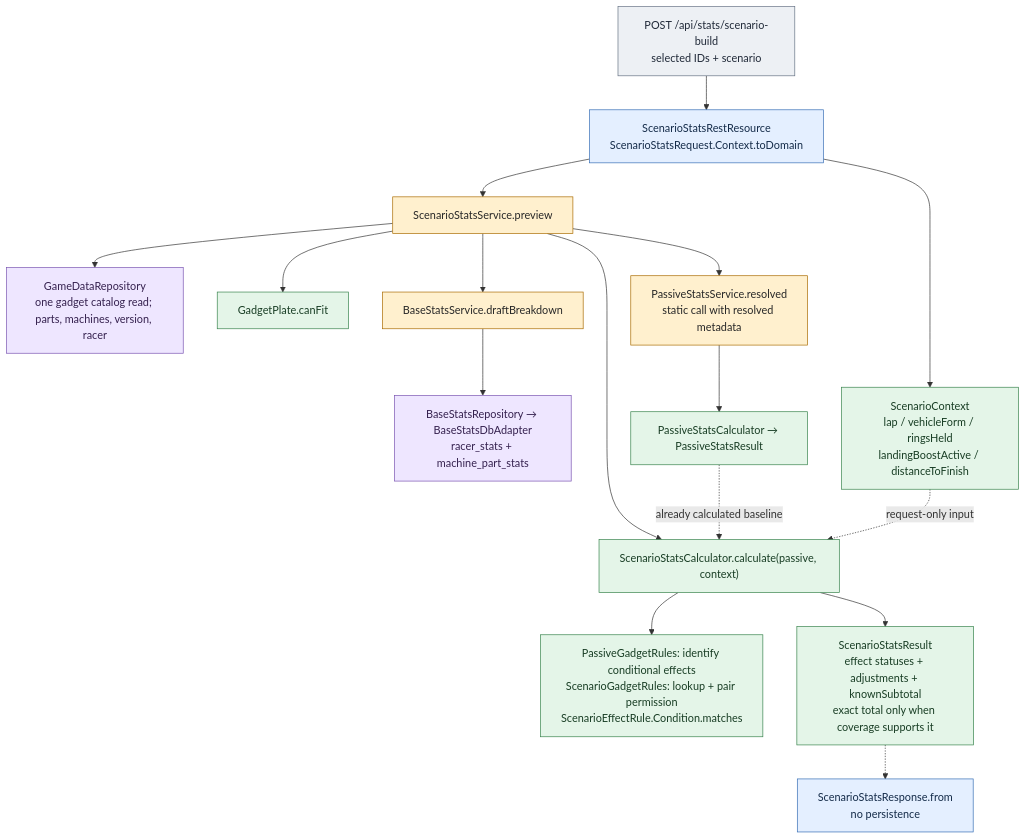
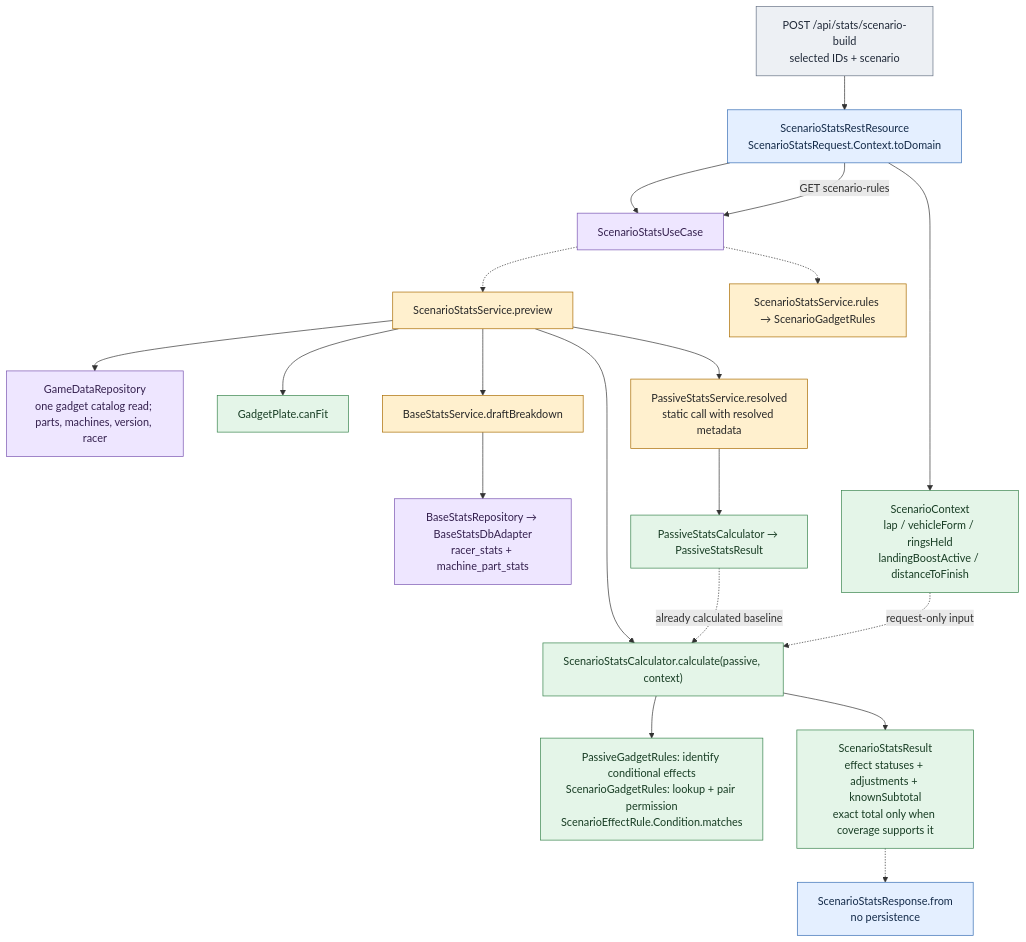
One commit to alexungu04genoff/RingLab changed diagram 14 of 31 in docs/architecture-atlas.md. Above: the diagram before and after it, drawn with Mermaid. The commit also changed other lines of this file and 100 other files, not shown here.

````diff
--- a/docs/architecture-atlas.md
+++ b/docs/architecture-atlas.md
@@ -792,33 +815,35 @@
 ```mermaid
 flowchart TB
   h["POST /api/stats/scenario-build<br/>selected IDs + scenario"]:::outside
   r["ScenarioStatsRestResource<br/>ScenarioStatsRequest.Context.toDomain"]:::rest
   s["ScenarioStatsService.preview"]:::app
   game["GameDataRepository<br/>one gadget catalog read; parts, machines, version, racer"]:::port
   plate["GadgetPlate.canFit"]:::domain
   base["BaseStatsService.draftBreakdown"]:::app
   source["BaseStatsRepository → BaseStatsDbAdapter<br/>racer_stats + machine_part_stats"]:::port
   passive["PassiveStatsService.resolved<br/>static call with resolved metadata"]:::app
   pc["PassiveStatsCalculator → PassiveStatsResult"]:::domain
   ctx["ScenarioContext<br/>lap / vehicleForm / ringsHeld<br/>landingBoostActive / distanceToFinish"]:::domain
   sc["ScenarioStatsCalculator.calculate(passive, context)"]:::domain
   rules["PassiveGadgetRules: identify conditional effects<br/>ScenarioGadgetRules: lookup + pair permission<br/>ScenarioEffectRule.Condition.matches"]:::domain
   result["ScenarioStatsResult<br/>effect statuses + adjustments + knownSubtotal<br/>exact total only when coverage supports it"]:::domain
   dto["ScenarioStatsResponse.from<br/>no persistence"]:::rest
-  h --> r --> s
+  h --> r --> input["ScenarioStatsUseCase"]:::port -.-> s
+  r -->|"GET scenario-rules"| input
+  input -.-> metadata["ScenarioStatsService.rules → ScenarioGadgetRules"]:::app
   r --> ctx
   s --> game
   s --> plate
   s --> base --> source
   s --> passive --> pc
   s --> sc
   pc -.->|"already calculated baseline"| sc
   ctx -.->|"request-only input"| sc
   sc --> rules
   sc --> result -.-> dto
   classDef rest fill:#e4efff,stroke:#356db4,color:#142b49
   classDef app fill:#fff0ce,stroke:#a96b00,color:#272727
   classDef domain fill:#e4f5e8,stroke:#37834c,color:#183d24
   classDef port fill:#eee6ff,stroke:#7954b1,color:#35214f
   classDef outside fill:#edf0f4,stroke:#657184,color:#202938
 ```
````
